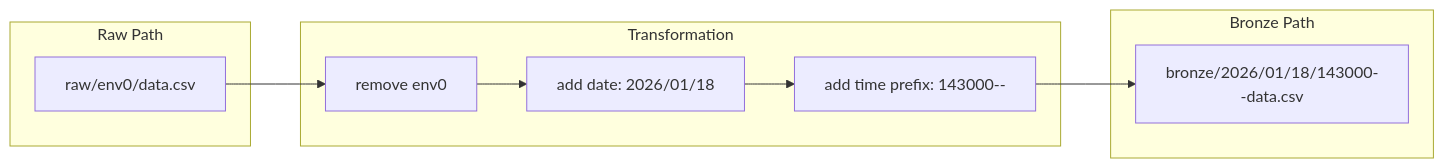
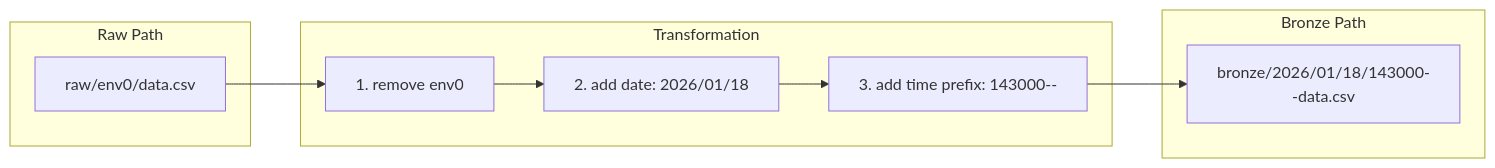
Diagram 17 of 22 in docs/brainstorms/staging-manifest.md (ThanuMahee12/AgentContext), drawn with Mermaid before and after one commit. The commit also changed other lines of this file, not shown here.

Commit message:
docs: complete staging-manifest design with end-to-end diagrams

````diff
--- a/docs/brainstorms/staging-manifest.md
+++ b/docs/brainstorms/staging-manifest.md
@@ -128,18 +414,18 @@
 ```mermaid
 flowchart LR
     subgraph RAW["Raw Path"]
         R["raw/env0/data.csv"]
     end
 
     subgraph TRANSFORM["Transformation"]
-        T1["remove env0"]
-        T2["add date: 2026/01/18"]
-        T3["add time prefix: 143000--"]
+        T1["1. remove env0"]
+        T2["2. add date: 2026/01/18"]
+        T3["3. add time prefix: 143000--"]
     end
 
     subgraph BRONZE["Bronze Path"]
         B["bronze/2026/01/18/143000--data.csv"]
     end
 
     R --> T1 --> T2 --> T3 --> B
 ```
````
